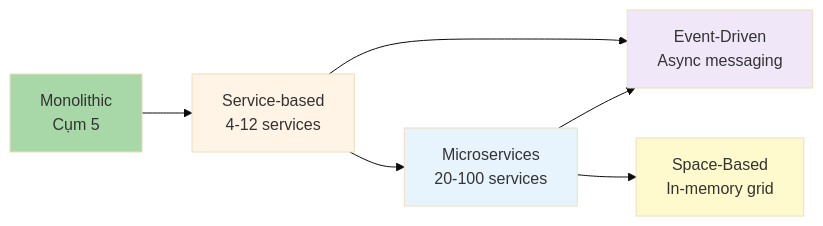
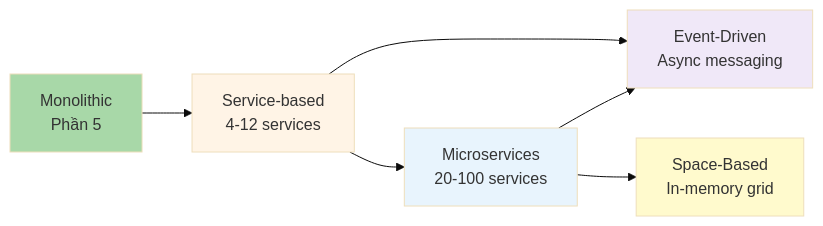
One commit to tuandung222/software-architecture-foundation changed the diagram in docs/06-distributed-styles/01-overview.md. Above: the diagram before and after it, drawn with Mermaid (base theme). The commit also changed other lines of this file and 62 other files, not shown here.

````diff
--- a/docs/06-distributed-styles/01-overview.md
+++ b/docs/06-distributed-styles/01-overview.md
@@ -20,14 +20,14 @@
 ```mermaid
 graph LR
-    M[Monolithic<br/>Cụm 5] --> SB[Service-based<br/>4-12 services]
+    M[Monolithic<br/>Phần 5] --> SB[Service-based<br/>4-12 services]
     SB --> MS[Microservices<br/>20-100 services]
     SB --> ED[Event-Driven<br/>Async messaging]
     MS --> ED
     MS --> SP[Space-Based<br/>In-memory grid]
     
     style M fill:#a8d8a8
     style SB fill:#fff4e6
     style MS fill:#e8f4fd
     style ED fill:#f0e8f8
     style SP fill:#fffacd
 ```
````
